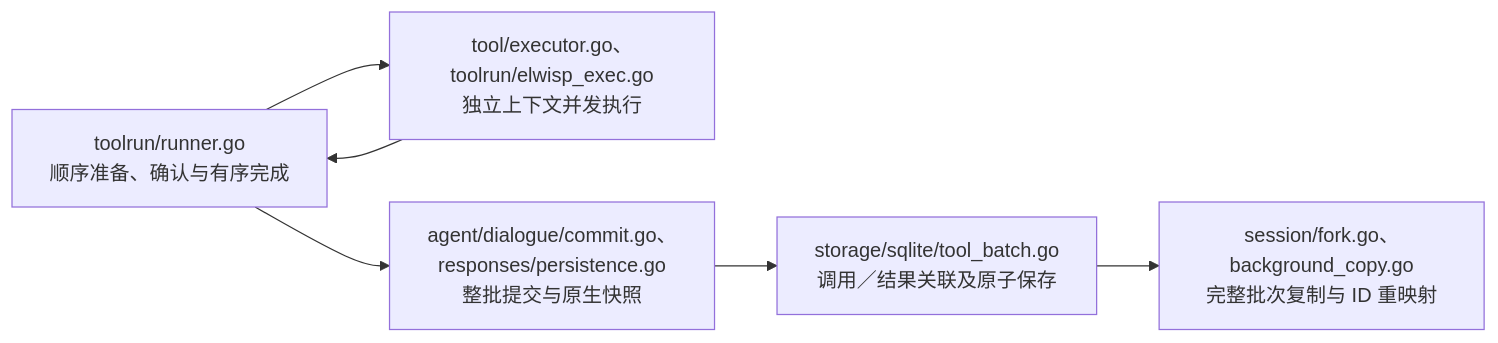
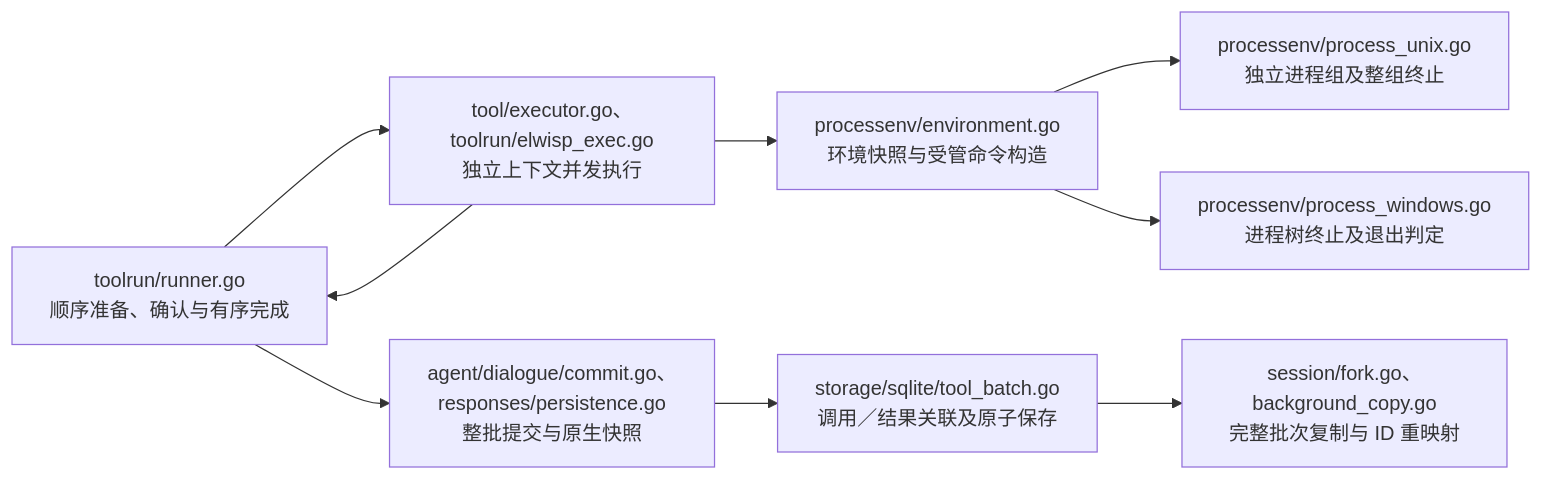
One commit to Elflare/elbot changed the third of 6 diagrams in devdocs/architecture.md. Above: the diagram before and after it, drawn with Mermaid. The commit also changed other lines of this file and 40 other files, not shown here.

````diff
--- a/devdocs/architecture.md
+++ b/devdocs/architecture.md
@@ -169,8 +169,11 @@
 ```mermaid
 flowchart LR
     R["toolrun/runner.go<br/>顺序准备、确认与有序完成"] --> W["tool/executor.go、toolrun/elwisp_exec.go<br/>独立上下文并发执行"]
     W --> R
     R --> C["agent/dialogue/commit.go、responses/persistence.go<br/>整批提交与原生快照"]
     C --> S["storage/sqlite/tool_batch.go<br/>调用／结果关联及原子保存"]
     S --> F["session/fork.go、background_copy.go<br/>完整批次复制与 ID 重映射"]
+    W --> P["processenv/environment.go<br/>环境快照与受管命令构造"]
+    P --> U["processenv/process_unix.go<br/>独立进程组及整组终止"]
+    P --> V["processenv/process_windows.go<br/>进程树终止及退出判定"]
 ```
````
